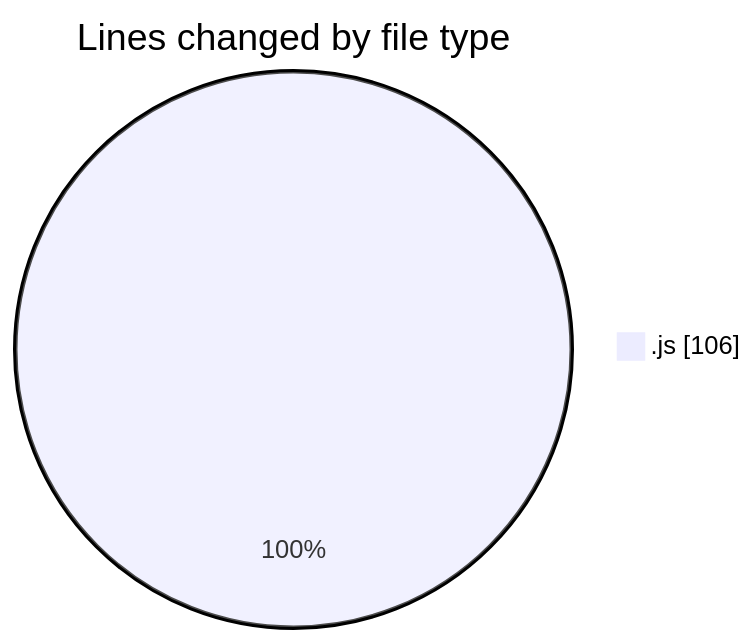
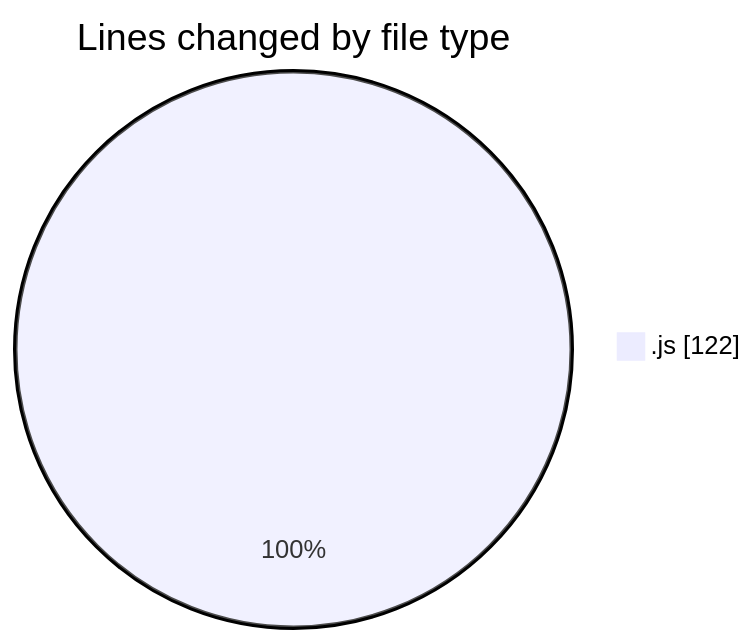
The first of 2 diagrams in 2025-02-04/cda/README.md (momahboobian/code-tracking), drawn with Mermaid before and after one commit. The commit also changed other lines of this file and 1 other file, not shown here.

````diff
--- a/2025-02-04/cda/README.md
+++ b/2025-02-04/cda/README.md
@@ -20,5 +20,5 @@
 ```mermaid
 pie showData
 title Lines changed by file type
-".js" : 106
+".js" : 122
 ```
````
